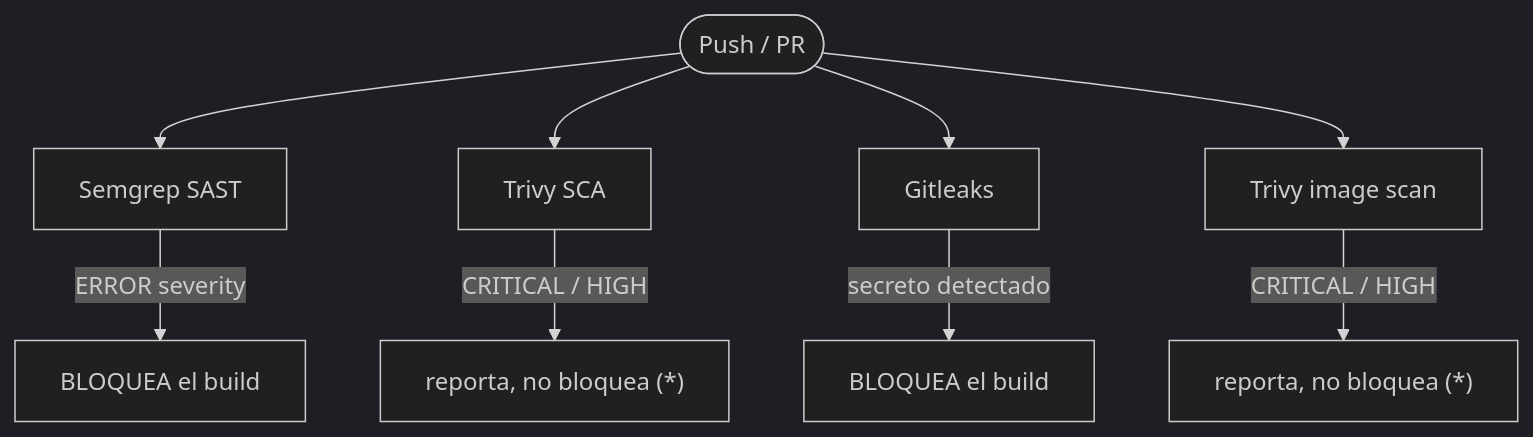
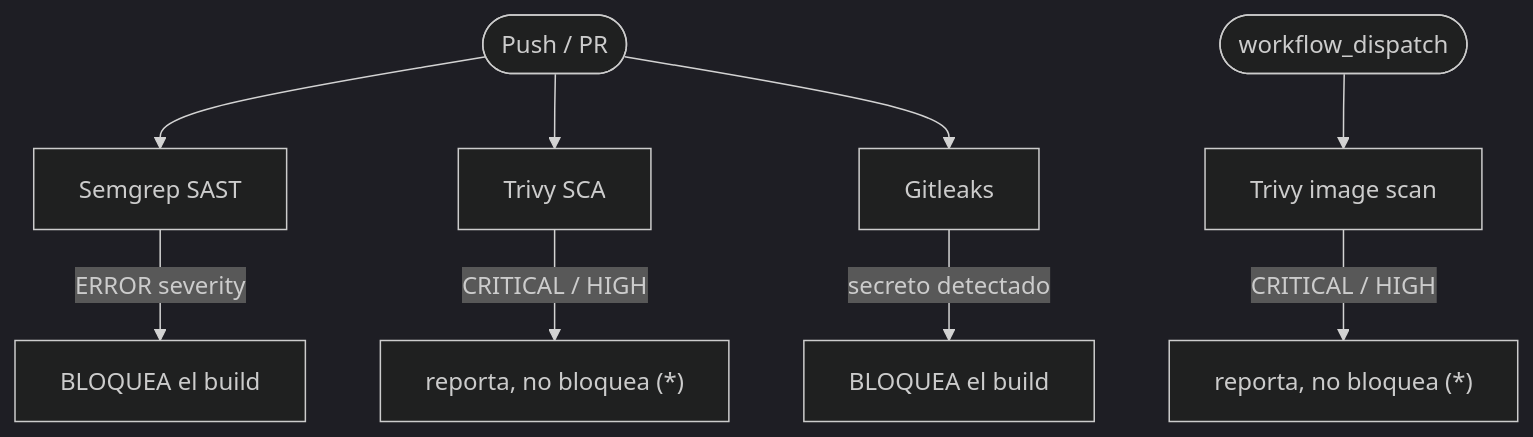
One commit to Luis-Mendaro/RetailStore-Obligatorio changed the diagram in docs/seguridad.md. Above: the diagram before and after it, drawn with Mermaid (dark theme). The commit also changed 4 other files, not shown here.

````diff
--- a/docs/seguridad.md
+++ b/docs/seguridad.md
@@ -70,11 +70,11 @@
 ```mermaid
 flowchart TD
     Push(["Push / PR"]) --> Semgrep["Semgrep SAST"]
     Push --> Trivy["Trivy SCA"]
     Push --> Gitleaks[Gitleaks]
-    Push --> TrivyImg["Trivy image scan"]
+    Dispatch(["workflow_dispatch"]) --> TrivyImg["Trivy image scan"]
     Semgrep -->|"ERROR severity"| Block1["BLOQUEA el build"]
     Trivy -->|"CRITICAL / HIGH"| Report1["reporta, no bloquea (*)"]
     Gitleaks -->|"secreto detectado"| Block2["BLOQUEA el build"]
     TrivyImg -->|"CRITICAL / HIGH"| Report2["reporta, no bloquea (*)"]
 ```
````
